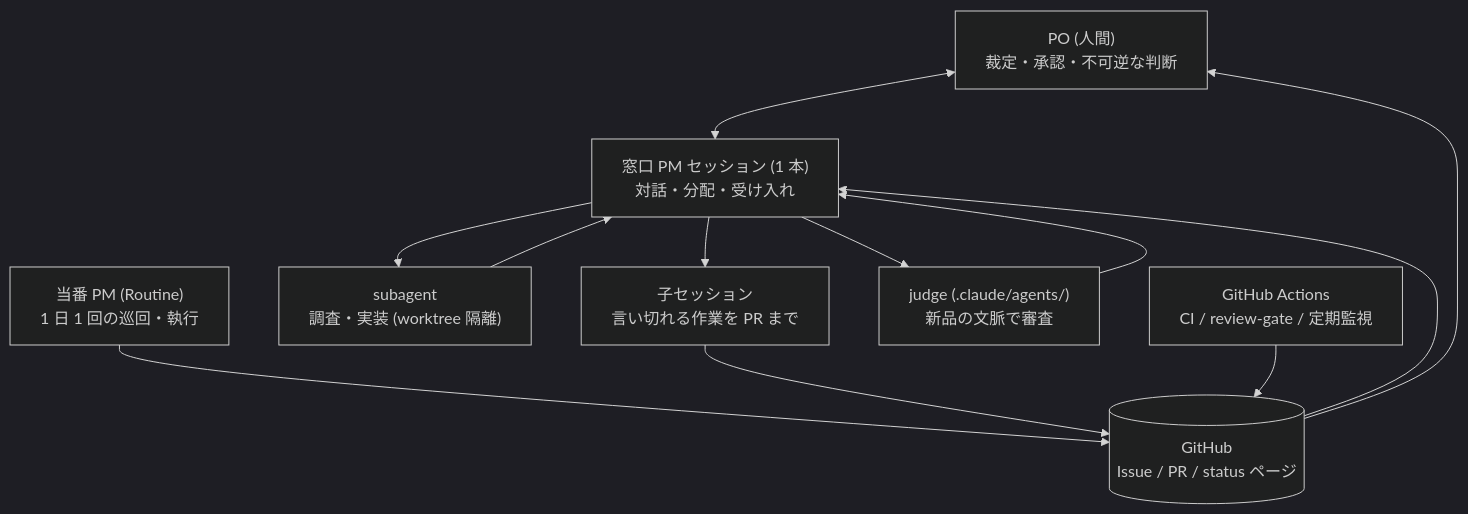
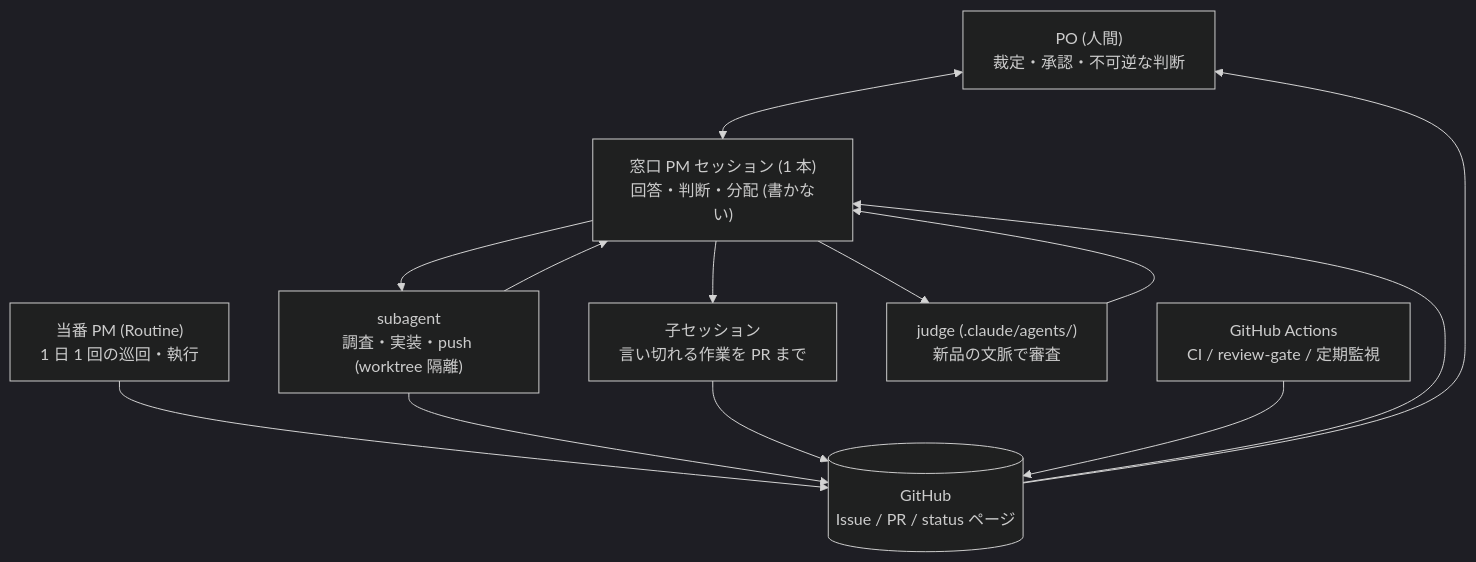
The diagram in docs/team.md (yomote/mind-inbox), drawn with Mermaid (dark theme) before and after one commit. The commit also changed other lines of this file and 4 other files, not shown here.

````diff
--- a/docs/team.md
+++ b/docs/team.md
@@ -10,23 +10,24 @@
 ```mermaid
 flowchart TB
   PO["PO (人間)<br/>裁定・承認・不可逆な判断"]
-  PM["窓口 PM セッション (1 本)<br/>対話・分配・受け入れ"]
+  PM["窓口 PM セッション (1 本)<br/>回答・判断・分配 (書かない)"]
   DUTY["当番 PM (Routine)<br/>1 日 1 回の巡回・執行"]
-  SUB["subagent<br/>調査・実装 (worktree 隔離)"]
+  SUB["subagent<br/>調査・実装・push (worktree 隔離)"]
   CHILD["子セッション<br/>言い切れる作業を PR まで"]
   JUDGE["judge (.claude/agents/)<br/>新品の文脈で審査"]
   GHA["GitHub Actions<br/>CI / review-gate / 定期監視"]
   GH[("GitHub<br/>Issue / PR / status ページ")]
 
   PO <--> PM
   PM --> SUB
   PM --> CHILD
   PM --> JUDGE
   DUTY --> GH
   SUB --> PM
+  SUB --> GH
   CHILD --> GH
   JUDGE --> PM
   GHA --> GH
   GH --> PM
   GH --> PO
 ```
````
